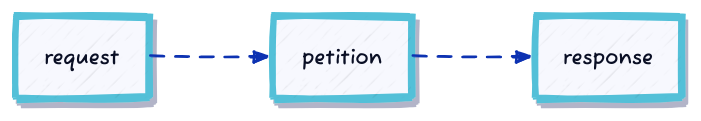
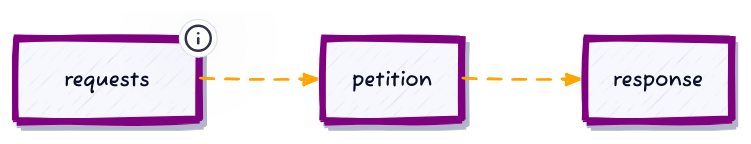
The diagram in d2/petition_cycle.d2 (emastho/vixenydocs), drawn with D2 before and after one commit. The commit also changed 4 other files, not shown here.

```diff
--- a/d2/petition_cycle.d2
+++ b/d2/petition_cycle.d2
@@ -1,33 +1,39 @@
 direction: right
 
 style: {
   fill: transparent
 }
 
 vars: {
   d2-config: {
     sketch: true
   }
 }
-request: {
+requests: {
   style: {
-    stroke: "#53C0D8"
+    stroke: purple
+    stroke-width: 5
+    shadow: true
+  }
+  tooltip: Reqests from serve
+}
+petition: {
+  style: {
+    stroke: purple
     stroke-width: 5
     shadow: true
   }
 }
-petition: {
+
+response: {
   style: {
-    stroke: "#53C0D8"
+    stroke: purple
     stroke-width: 5
     shadow: true
   }
 }
-response: {
-  style: {
-    stroke: "#53C0D8"
-    stroke-width: 5
-    shadow: true
-  }
+
+requests -> petition -> response: {
+  style.animated: true
+  style.stroke: orange
 }
-request -> petition -> response: {style.animated: true}
```
